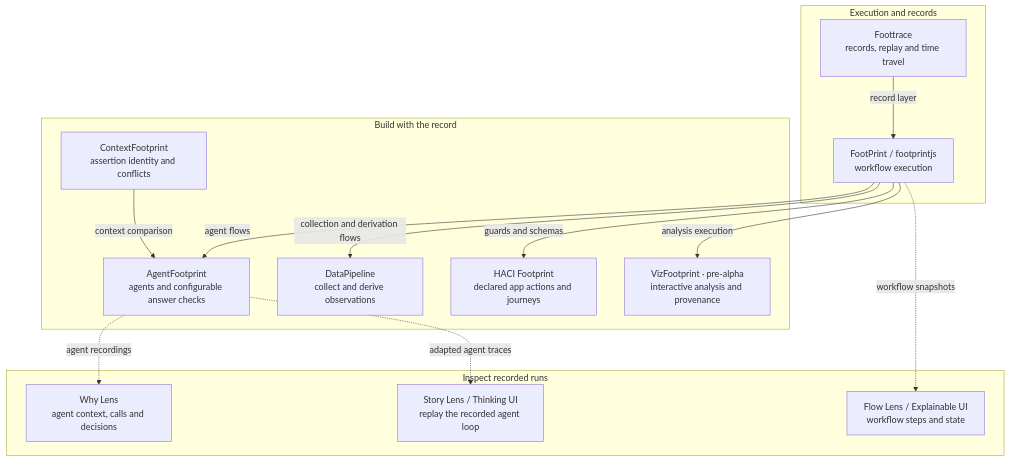
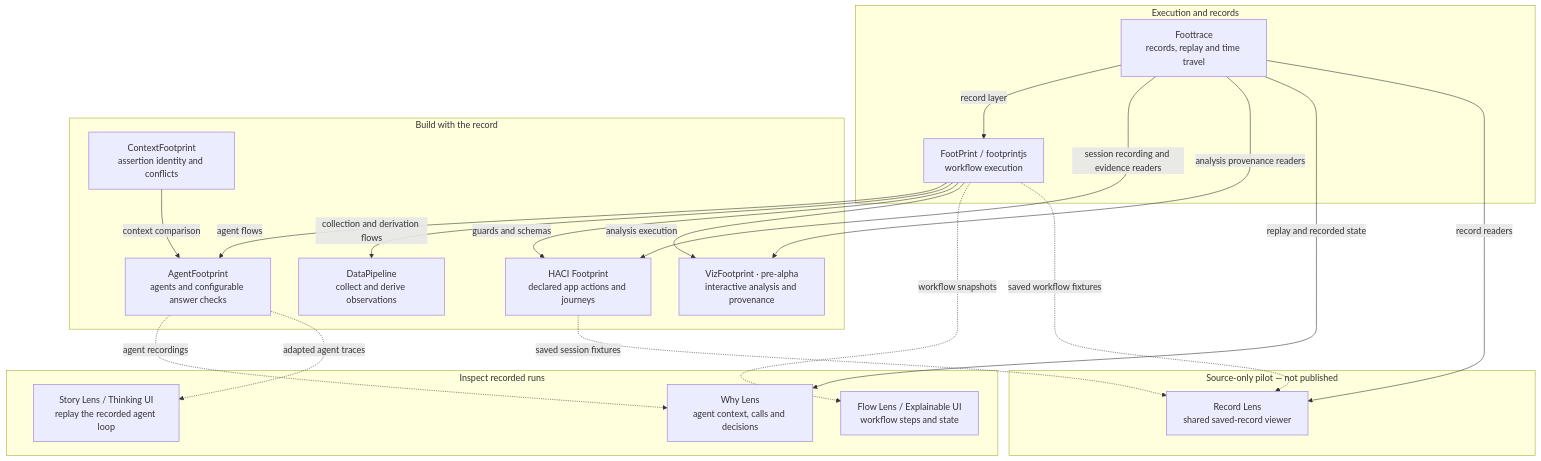
Before and after one commit to footprintjs/.github: the diagram in profile/README.md, drawn with Mermaid. The commit also changed other lines of this file, not shown here.

Commit message:
docs: show direct Foottrace integrations and record viewer pilot

````diff
--- a/profile/README.md
+++ b/profile/README.md
@@ -19,32 +19,42 @@
 ```mermaid
 flowchart TD
     subgraph foundation["Execution and records"]
         R["Foottrace<br/>records, replay and time travel"]
         F["FootPrint / footprintjs<br/>workflow execution"]
         R -->|record layer| F
     end
 
     subgraph libraries["Build with the record"]
         A["AgentFootprint<br/>agents and configurable answer checks"]
         D["DataPipeline<br/>collect and derive observations"]
         H["HACI Footprint<br/>declared app actions and journeys"]
         V["VizFootprint · pre-alpha<br/>interactive analysis and provenance"]
         C["ContextFootprint<br/>assertion identity and conflicts"]
         C -->|context comparison| A
     end
 
     F -->|agent flows| A
     F -->|collection and derivation flows| D
     F -->|guards and schemas| H
     F -->|analysis execution| V
+    R -->|session recording and evidence readers| H
+    R -->|analysis provenance readers| V
 
     subgraph views["Inspect recorded runs"]
         E["Flow Lens / Explainable UI<br/>workflow steps and state"]
         L["Why Lens<br/>agent context, calls and decisions"]
         T["Story Lens / Thinking UI<br/>replay the recorded agent loop"]
     end
 
     F -. workflow snapshots .-> E
     A -. agent recordings .-> L
     A -. adapted agent traces .-> T
+    R -->|replay and recorded state| L
+
+    subgraph pilot["Source-only pilot — not published"]
+        P["Record Lens<br/>shared saved-record viewer"]
+    end
+    F -. saved workflow fixtures .-> P
+    H -. saved session fixtures .-> P
+    R -->|record readers| P
 ```
````
